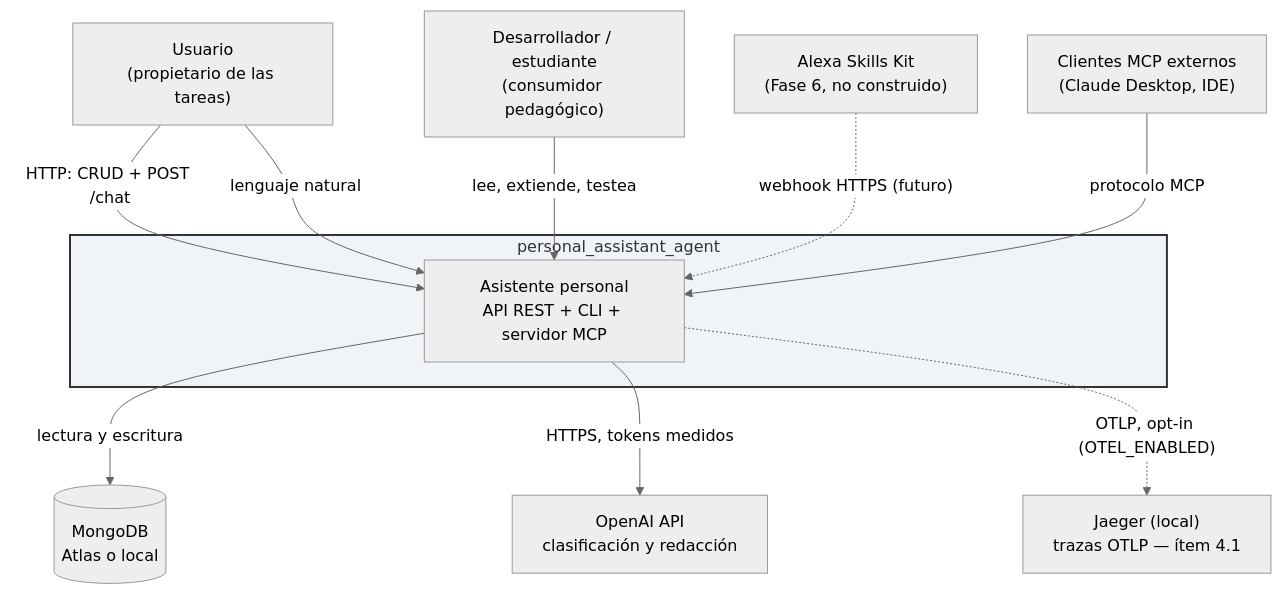
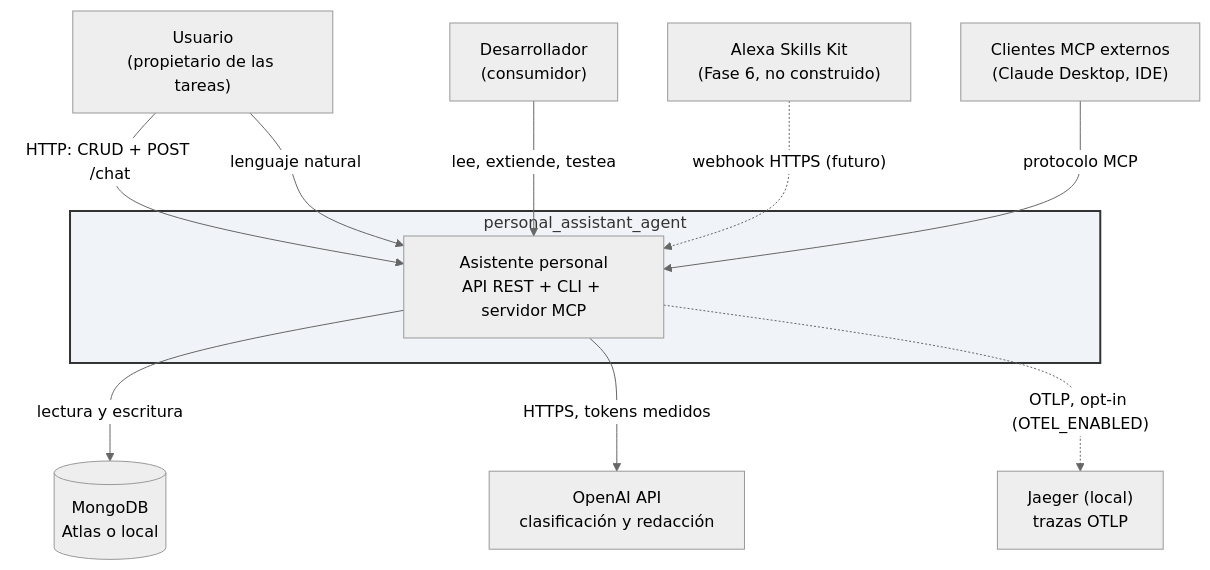
The first of 5 diagrams in docs/arquitectura_solucion.md (AlexisBerrio/personal_assistant_agent), drawn with Mermaid (neutral theme) before and after one commit. The commit also changed 8 other files, not shown here.

````diff
--- a/docs/arquitectura_solucion.md
+++ b/docs/arquitectura_solucion.md
@@ -75,27 +75,27 @@
 ```mermaid
 graph TB
     U["Usuario<br/>(propietario de las tareas)"]
-    DEV["Desarrollador / estudiante<br/>(consumidor pedagógico)"]
+    DEV["Desarrollador<br/>(consumidor)"]
 
     subgraph SYS["personal_assistant_agent"]
         CORE["Asistente personal<br/>API REST + CLI + servidor MCP"]
     end
 
     MDB[("MongoDB<br/>Atlas o local")]
     OAI["OpenAI API<br/>clasificación y redacción"]
     ALX["Alexa Skills Kit<br/>(Fase 6, no construido)"]
     MCPC["Clientes MCP externos<br/>(Claude Desktop, IDE)"]
-    OBSB["Jaeger (local)<br/>trazas OTLP — ítem 4.1"]
+    OBSB["Jaeger (local)<br/>trazas OTLP"]
 
     U -->|"HTTP: CRUD + POST /chat"| CORE
     U -->|"lenguaje natural"| CORE
     DEV -->|"lee, extiende, testea"| CORE
     ALX -.->|"webhook HTTPS (futuro)"| CORE
     MCPC -->|"protocolo MCP"| CORE
 
     CORE -->|"lectura y escritura"| MDB
     CORE -->|"HTTPS, tokens medidos"| OAI
     CORE -.->|"OTLP, opt-in (OTEL_ENABLED)"| OBSB
 
     style SYS fill:#f0f4f8,stroke:#333,stroke-width:2px
 ```
````
